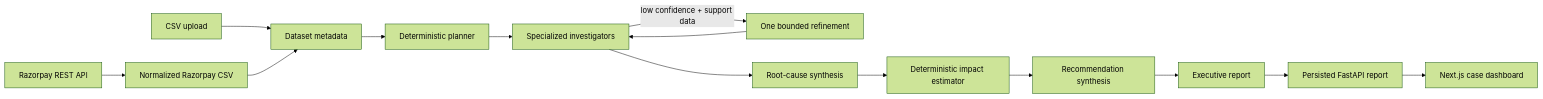
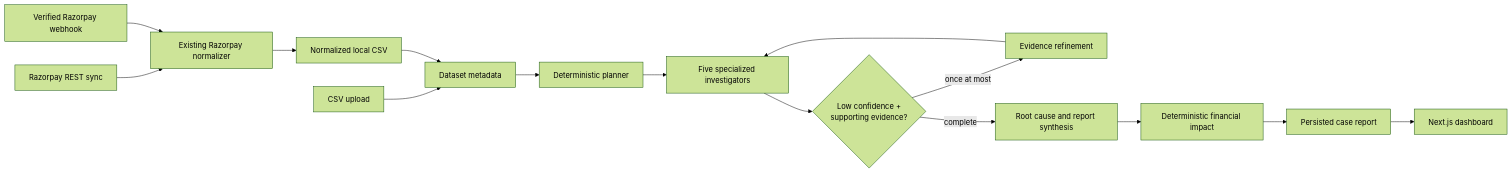
One commit to Aadersh2996/profit-forensics-engine changed the first of 3 diagrams in README.md. Above: the diagram before and after it, drawn with Mermaid (forest theme). The commit also changed other lines of this file and 30 other files, not shown here.

````diff
--- a/README.md
+++ b/README.md
@@ -21,16 +38,17 @@
 ```mermaid
 flowchart LR
     CSV[CSV upload] --> META[Dataset metadata]
-    RZP[Razorpay REST API] --> NORM[Normalized Razorpay CSV]
-    NORM --> META
+    REST[Razorpay REST sync] --> NORM[Existing Razorpay normalizer]
+    WEBHOOK[Verified Razorpay webhook] --> NORM
+    NORM --> CSVN[Normalized local CSV]
+    CSVN --> META
     META --> PLAN[Deterministic planner]
-    PLAN --> INV[Specialized investigators]
-    INV -->|low confidence + support data| RETRY[One bounded refinement]
-    RETRY --> INV
-    INV --> ROOT[Root-cause synthesis]
-    ROOT --> IMPACT[Deterministic impact estimator]
-    IMPACT --> REC[Recommendation synthesis]
-    REC --> REPORT[Executive report]
-    REPORT --> API[Persisted FastAPI report]
-    API --> UI[Next.js case dashboard]
+    PLAN --> INV[Five specialized investigators]
+    INV --> GATE{Low confidence +\nsupporting evidence?}
+    GATE -->|once at most| REFINE[Evidence refinement]
+    REFINE --> INV
+    GATE -->|complete| SYNTH[Root cause and report synthesis]
+    SYNTH --> IMPACT[Deterministic financial impact]
+    IMPACT --> REPORT[Persisted case report]
+    REPORT --> UI[Next.js dashboard]
 ```
````
